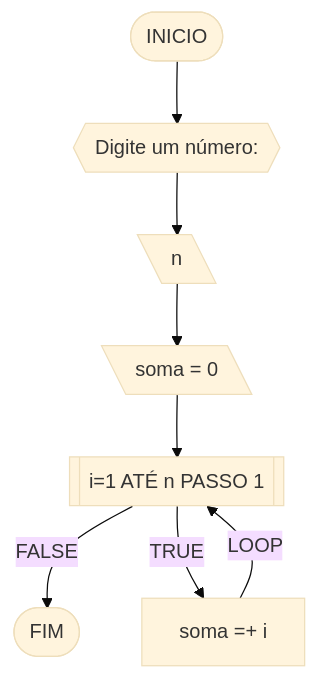
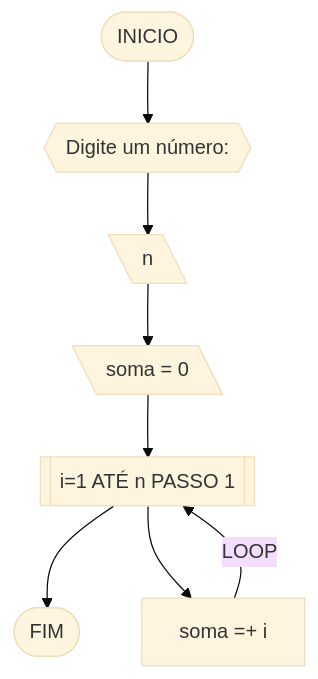
The second of 7 diagrams in RLA/unidade 1/lista3.md (arthurraalves/unifor), drawn with Mermaid (base theme) before and after one commit. The commit also changed other lines of this file, not shown here.

````diff
--- a/RLA/unidade 1/lista3.md
+++ b/RLA/unidade 1/lista3.md
@@ -55,10 +68,10 @@
 ```mermaid
 flowchart TD
 A([INICIO]) --> B{{Digite um número: }}
 B --> C[\n\]
 C --> D[\soma = 0\]
 D --> E[[i=1 ATÉ n PASSO 1]]
-E --FALSE--> G([FIM])
-E --TRUE--> F[soma =+ i]
+E --> G([FIM])
+E --> F[soma =+ i]
 F --LOOP--> E
 ```
````
